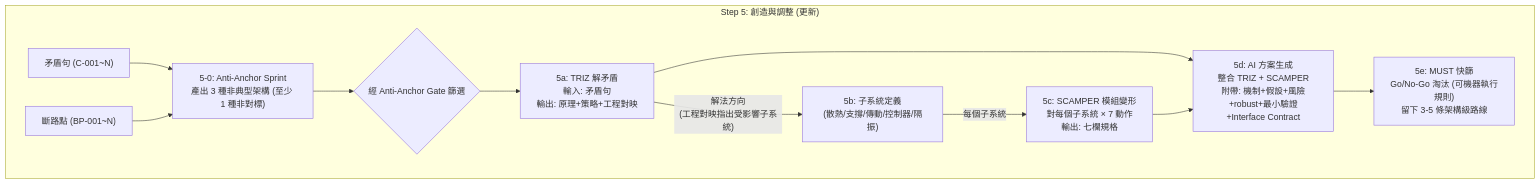
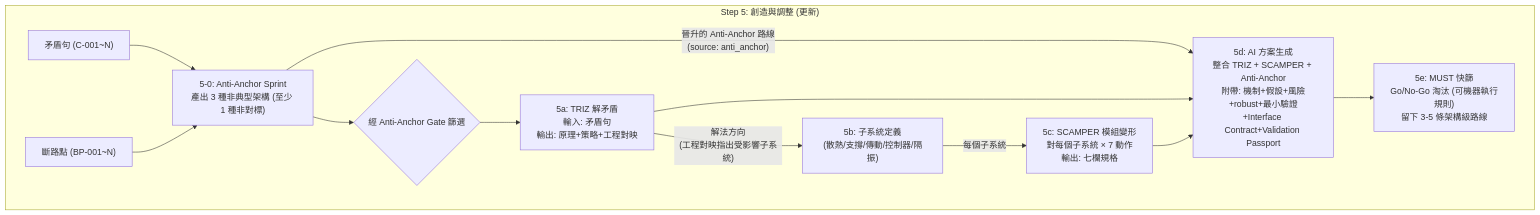
The fourth of 4 diagrams in docs/e2e/RD_Design_Copilot_整合流程.md (JIA-HONG-CHU/design-copilot-blueprint), drawn with Mermaid before and after one commit. The commit also changed other lines of this file and 3 other files, not shown here.

First line of the commit message:
docs: sync 4 e2e docs with codebase — Phase A/B, Validation Passport, Anti-Anchor

````diff
--- a/docs/e2e/RD_Design_Copilot_整合流程.md
+++ b/docs/e2e/RD_Design_Copilot_整合流程.md
@@ -499,17 +507,18 @@
 ```mermaid
 graph TD
     subgraph Step5 ["Step 5: 創造與調整 (更新)"]
         InputC["矛盾句 (C-001~N)"] --> S5_0["5-0: Anti-Anchor Sprint<br>產出 3 種非典型架構 (至少 1 種非對標)"]
         InputBP["斷路點 (BP-001~N)"] --> S5_0
         S5_0 --> AntiAnchorGate{"經 Anti-Anchor Gate 篩選"}
         AntiAnchorGate --> S5a["5a: TRIZ 解矛盾<br>輸入: 矛盾句<br>輸出: 原理+策略+工程對映"]
 
         S5a --"解法方向<br>(工程對映指出受影響子系統)"--> S5b["5b: 子系統定義<br>(散熱/支撐/傳動/控制器/隔振)"]
         S5b --"每個子系統"--> S5c["5c: SCAMPER 模組變形<br>對每個子系統 × 7 動作<br>輸出: 七欄規格"]
 
-        S5a --> S5d["5d: AI 方案生成<br>整合 TRIZ + SCAMPER<br>附帶: 機制+假設+風險+robust+最小驗證+Interface Contract"]
+        S5_0 --"晉升的 Anti-Anchor 路線<br>(source: anti_anchor)"--> S5d["5d: AI 方案生成<br>整合 TRIZ + SCAMPER + Anti-Anchor<br>附帶: 機制+假設+風險+robust+最小驗證+Interface Contract+Validation Passport"]
+        S5a --> S5d
         S5c --> S5d
 
         S5d --> S5e["5e: MUST 快篩<br>Go/No-Go 淘汰 (可機器執行規則)<br>留下 3-5 條架構級路線"]
     end
 ```
````
